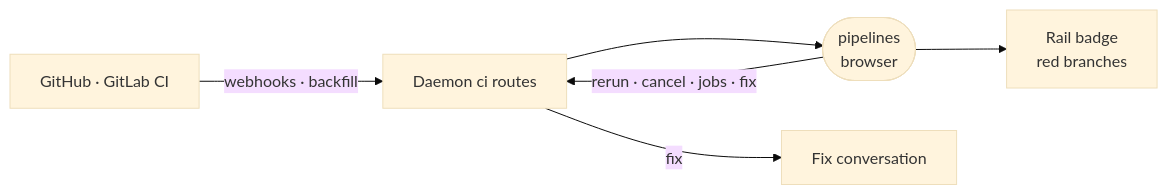
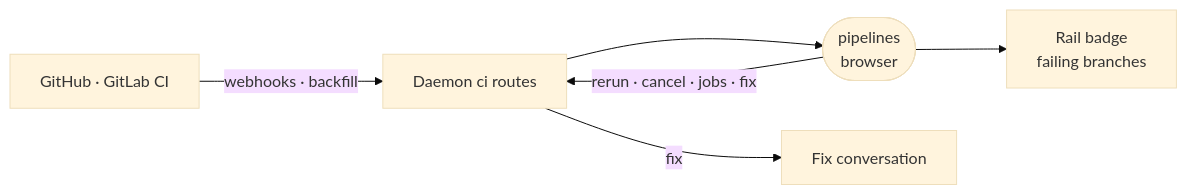
The diagram in _extensions/pipelines/README.md (intentic/intentic), drawn with Mermaid (base theme) before and after one commit. The commit also changed other lines of this file and 251 other files, not shown here.

````diff
--- a/_extensions/pipelines/README.md
+++ b/_extensions/pipelines/README.md
@@ -5,8 +5,8 @@
 ```mermaid
 flowchart LR
     vendor["GitHub · GitLab CI"] -->|"webhooks · backfill"| daemon["Daemon ci routes"]
     daemon --> ext(["pipelines<br/>browser"])
     ext -->|"rerun · cancel · jobs · fix"| daemon
     daemon -->|"fix"| agent["Fix conversation"]
-    ext --> badge["Rail badge<br/>red branches"]
+    ext --> badge["Rail badge<br/>failing branches"]
 ```
````
